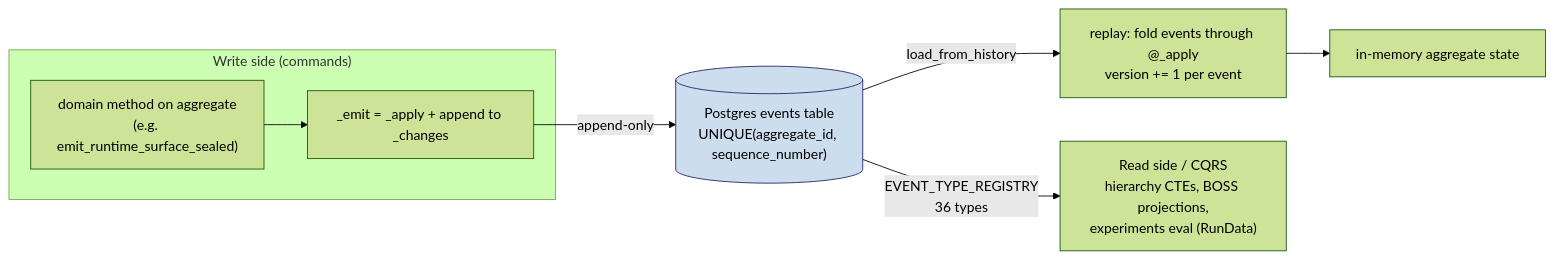
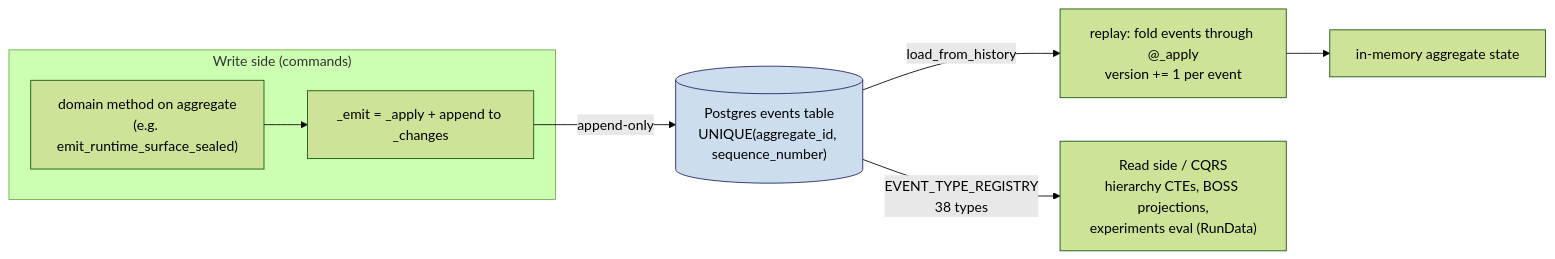
Before and after one commit to arise-ai-security/arise-sec-lion: the first of 4 diagrams in SYSTEM_REFERENCE.md, drawn with Mermaid (forest theme). The commit also changed other lines of this file and 20 other files, not shown here.

````diff
--- a/SYSTEM_REFERENCE.md
+++ b/SYSTEM_REFERENCE.md
@@ -175,14 +175,14 @@
 ```mermaid
 flowchart LR
     subgraph Write["Write side (commands)"]
         DM["domain method on aggregate<br/>(e.g. emit_runtime_surface_sealed)"]
         EM["_emit = _apply + append to _changes"]
         DM --> EM
     end
     EM -->|append-only| ES[("Postgres events table<br/>UNIQUE(aggregate_id, sequence_number)")]
     ES -->|load_from_history| RP["replay: fold events through @_apply<br/>version += 1 per event"]
     RP --> AGG["in-memory aggregate state"]
-    ES -->|EVENT_TYPE_REGISTRY<br/>36 types| RD["Read side / CQRS<br/>hierarchy CTEs, BOSS projections,<br/>experiments eval (RunData)"]
+    ES -->|EVENT_TYPE_REGISTRY<br/>38 types| RD["Read side / CQRS<br/>hierarchy CTEs, BOSS projections,<br/>experiments eval (RunData)"]
     classDef store fill:#cde,stroke:#226;
     class ES store
 ```
````
